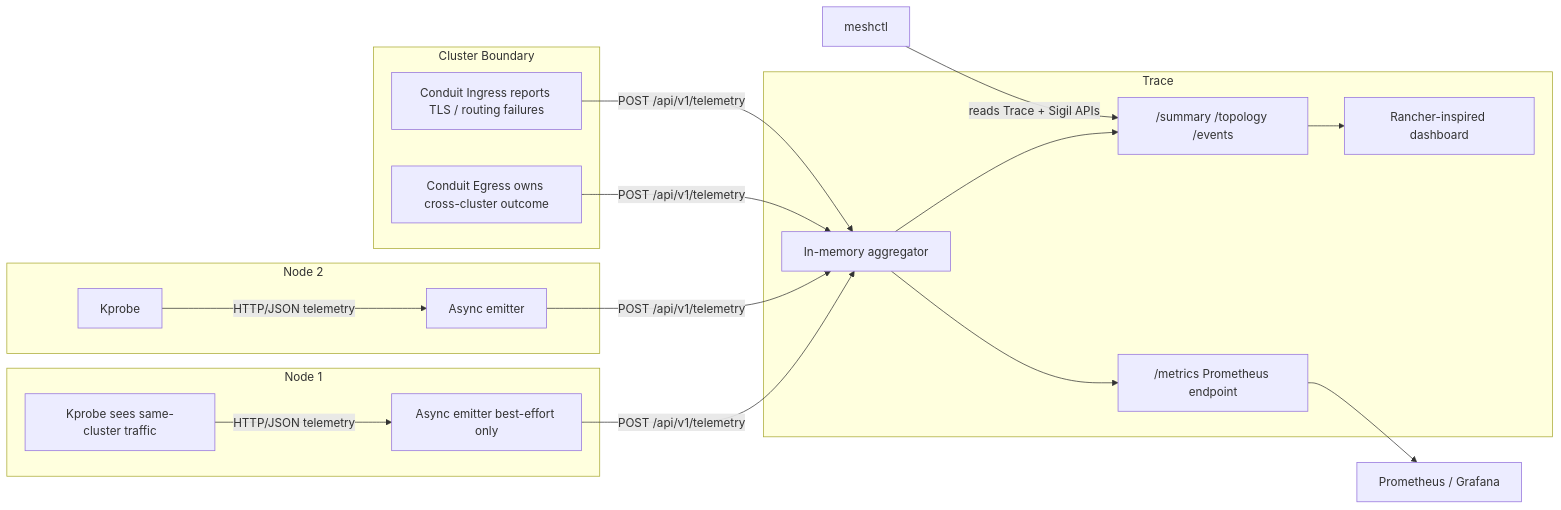
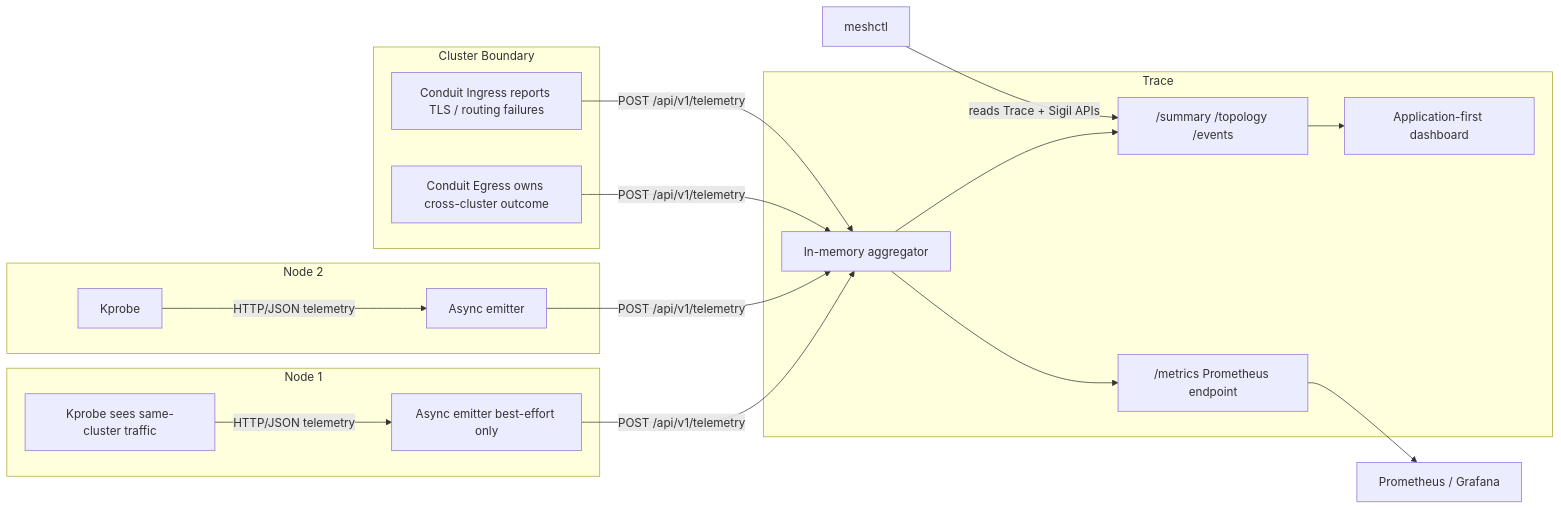
Diagram 22 of 23 in docs/architecture.md (andrew-william-dev/Meshlite), drawn with Mermaid before and after one commit. The commit also changed 11 other files, not shown here.

Commit message:
trace: polish — application-first UX and accurate cross-cluster telemetry

````diff
--- a/docs/architecture.md
+++ b/docs/architecture.md
@@ -822,39 +822,39 @@
 ```mermaid
 graph LR
     subgraph N1 ["Node 1"]
         KP1["Kprobe sees same-cluster traffic"]
         TE1["Async emitter best-effort only"]
         KP1 -->|HTTP/JSON telemetry| TE1
     end
 
     subgraph N2 ["Node 2"]
         KP2["Kprobe"]
         TE2["Async emitter"]
         KP2 -->|HTTP/JSON telemetry| TE2
     end
 
     subgraph EDGE ["Cluster Boundary"]
         CE_T["Conduit Egress owns cross-cluster outcome"]
         CI_T["Conduit Ingress reports TLS / routing failures"]
     end
 
     subgraph TRACE ["Trace"]
         AGG["In-memory aggregator"]
         API["/summary /topology /events"]
         PROM["/metrics Prometheus endpoint"]
-        UI["Rancher-inspired dashboard"]
+        UI["Application-first dashboard"]
         AGG --> API
         AGG --> PROM
         API --> UI
     end
 
     CLI["meshctl"]
     EXT["Prometheus / Grafana"]
 
     TE1 -->|POST /api/v1/telemetry| AGG
     TE2 -->|POST /api/v1/telemetry| AGG
     CE_T -->|POST /api/v1/telemetry| AGG
     CI_T -->|POST /api/v1/telemetry| AGG
     CLI -->|reads Trace + Sigil APIs| API
     PROM --> EXT
 ```
````
